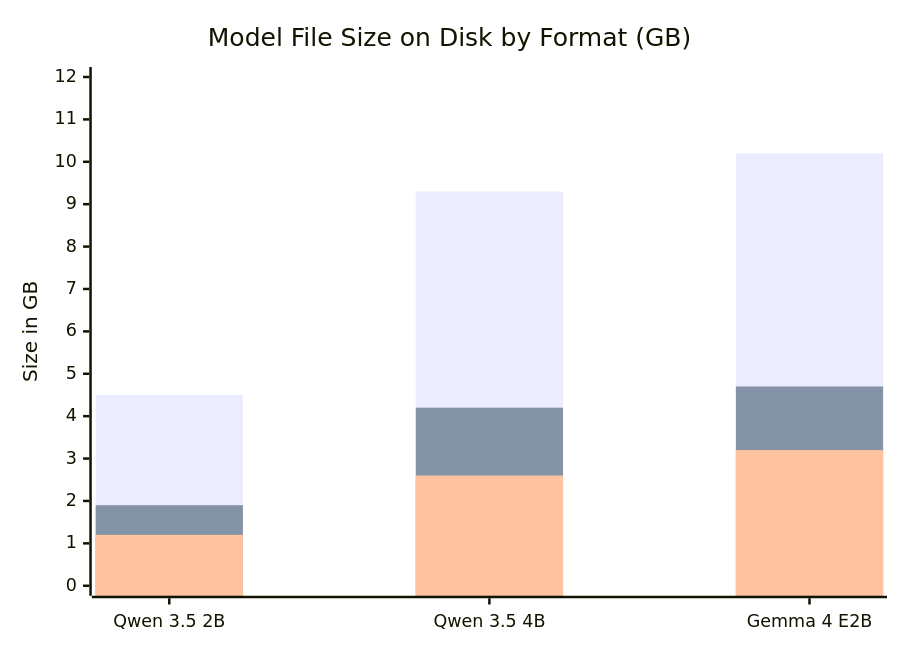
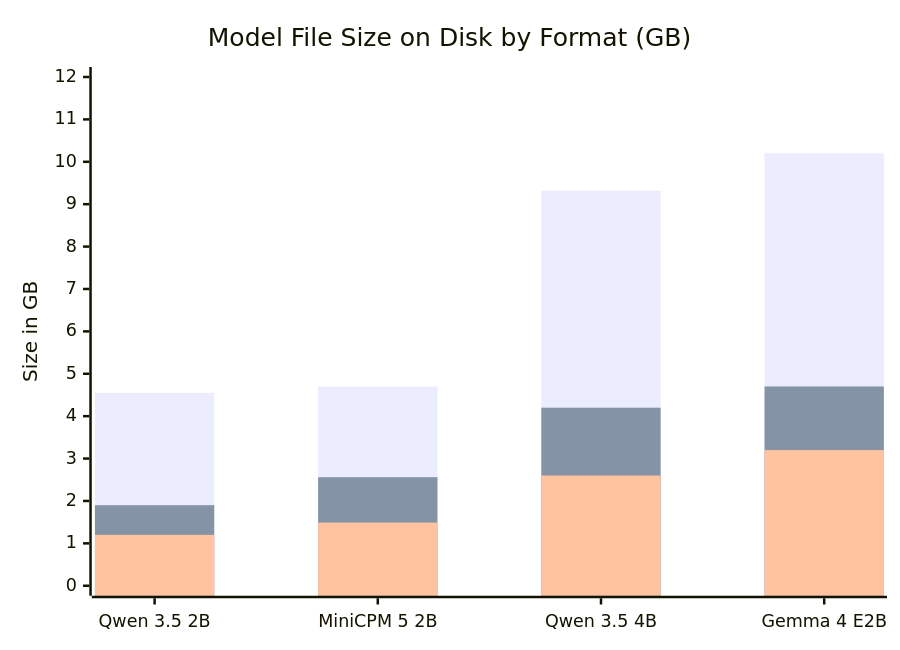
One commit to Nov4Saki/grug-speech-reasoning changed the fourth of 4 diagrams in reports_and_decisions/grug_speech_technical_report.md. Above: the diagram before and after it, drawn with Mermaid. The commit also changed other lines of this file and 6 other files, not shown here.

Commit message:
Add MiniCPM5-2B Grug Native training, quantization, Modelfile, real-world Excel benchmarks, and updated technical reports

````diff
--- a/reports_and_decisions/grug_speech_technical_report.md
+++ b/reports_and_decisions/grug_speech_technical_report.md
@@ -177,9 +181,9 @@
 ```mermaid
 xychart-beta
     title "Model File Size on Disk by Format (GB)"
-    x-axis ["Qwen 3.5 2B", "Qwen 3.5 4B", "Gemma 4 E2B"]
+    x-axis ["Qwen 3.5 2B", "MiniCPM 5 2B", "Qwen 3.5 4B", "Gemma 4 E2B"]
     y-axis "Size in GB" 0 --> 12
-    bar [4.5, 9.3, 10.2]
-    bar [1.9, 4.2, 4.7]
-    bar [1.2, 2.6, 3.2]
+    bar [4.55, 4.70, 9.32, 10.20]
+    bar [1.90, 2.56, 4.20, 4.70]
+    bar [1.20, 1.49, 2.60, 3.20]
 ```
````
